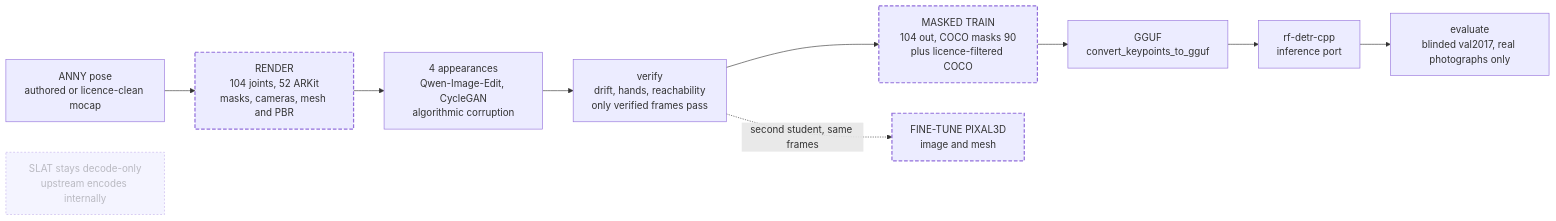
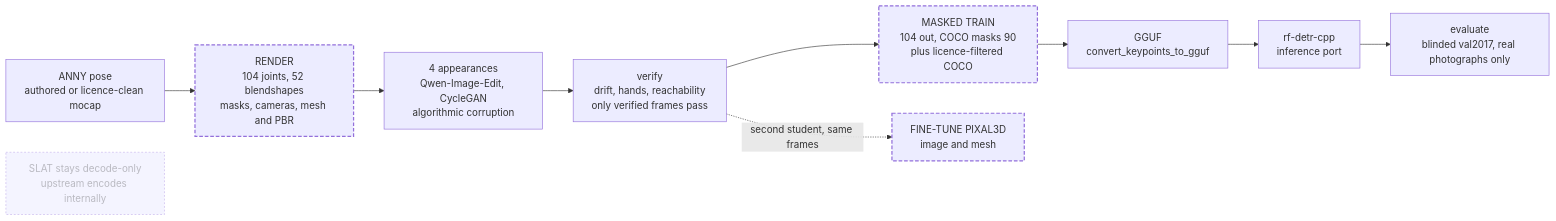
The second of 2 diagrams in 1122-the-wholebody-gap/DETAILS.md (weftspun/request-for-discussion), drawn with Mermaid before and after one commit. The commit also changed other lines of this file and 2 other files, not shown here.

First paragraph of the commit message:
Name the 52-blendshape standard rather than the vendor
The vendor name is out of the documents and the plan. `git grep -i` over this
repository returns nothing.

````diff
--- a/1122-the-wholebody-gap/DETAILS.md
+++ b/1122-the-wholebody-gap/DETAILS.md
@@ -367,17 +367,17 @@
 ```mermaid
 flowchart LR
   P["ANNY pose<br/>authored or licence-clean mocap"] --> R
-  R["RENDER<br/>104 joints, 52 ARKit<br/>masks, cameras, mesh and PBR"] --> A
+  R["RENDER<br/>104 joints, 52 blendshapes<br/>masks, cameras, mesh and PBR"] --> A
   A["4 appearances<br/>Qwen-Image-Edit, CycleGAN<br/>algorithmic corruption"] --> V
   V["verify<br/>drift, hands, reachability<br/>only verified frames pass"] --> T
   T["MASKED TRAIN<br/>104 out, COCO masks 90<br/>plus licence-filtered COCO"] --> G
   G["GGUF<br/>convert_keypoints_to_gguf"] --> C
   C["rf-detr-cpp<br/>inference port"] --> E
   E["evaluate<br/>blinded val2017, real photographs only"]
   V -. "second student, same frames" .-> X["FINE-TUNE PIXAL3D<br/>image and mesh"]
   S["SLAT stays decode-only<br/>upstream encodes internally"]
   classDef build stroke-dasharray:6 3,stroke-width:2px;
   classDef aside opacity:0.55,stroke-dasharray:3 3;
   class R,T,X build
   class S aside
 ```
````
